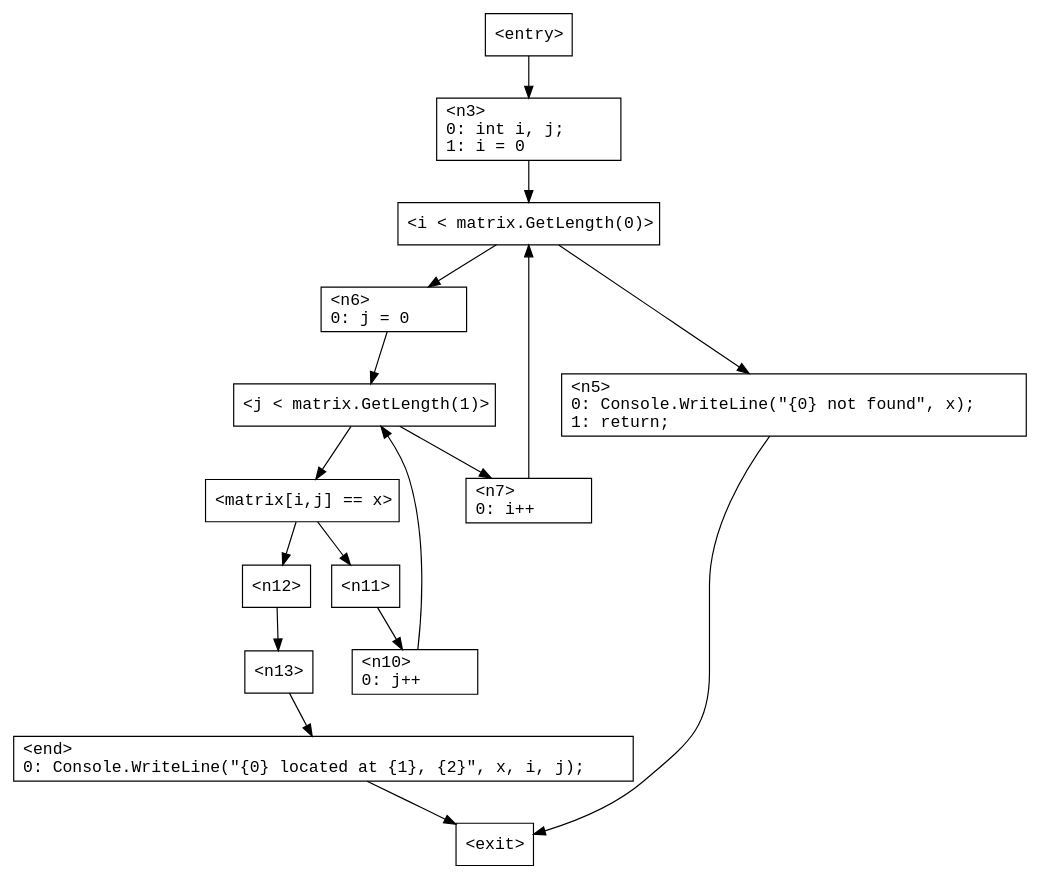
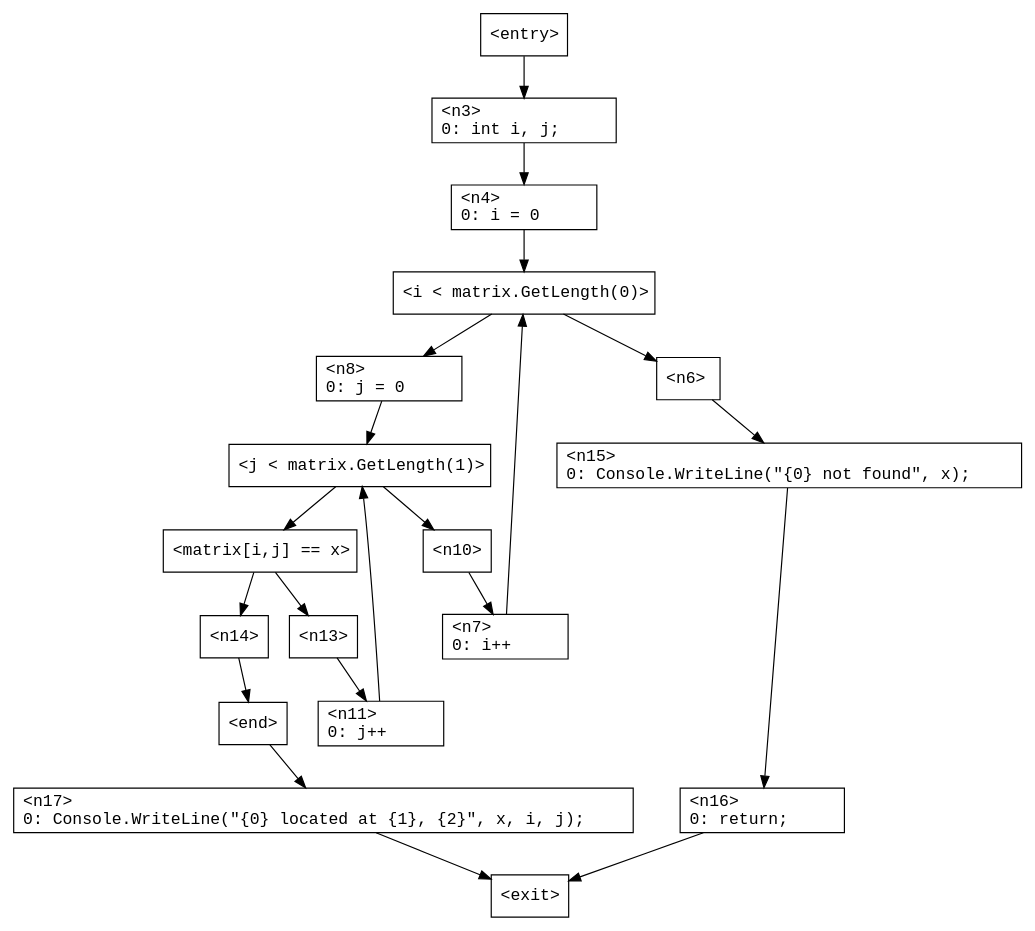
Before and after one commit to ashalkhakov/Tarp: the diagram in TarpTests/Cfg/Data/TestGotoBreakOutOfNestedFors.gv, drawn with Graphviz. The commit also changed 28 other files, not shown here.

```diff
--- a/TarpTests/Cfg/Data/TestGotoBreakOutOfNestedFors.gv
+++ b/TarpTests/Cfg/Data/TestGotoBreakOutOfNestedFors.gv
@@ -1,61 +1,77 @@
 digraph G
 {
     n0 [ shape = "box"
              fontname = "Monospace"
              label = "<entry>\l" ];
       n0 -> n3;
     n1 [ shape = "box"
              fontname = "Monospace"
              label = "<exit>\l" ];
     n2 [ shape = "box"
              fontname = "Monospace"
-             label = "<end>\l0:	Console.WriteLine(\"{0} located at {1}, {2}\", x, i, j);\l" ];
-      n2 -> n1;
+             label = "<end>\l" ];
+      n2 -> n17;
     n3 [ shape = "box"
              fontname = "Monospace"
-             label = "<n3>\l0:	int i, j;\l1:	i = 0\l" ];
+             label = "<n3>\l0:	int i, j;\l" ];
       n3 -> n4;
     n4 [ shape = "box"
              fontname = "Monospace"
-             label = "<i < matrix.GetLength(0)>\l" ];
-      n4 -> n6;
+             label = "<n4>\l0:	i = 0\l" ];
       n4 -> n5;
     n5 [ shape = "box"
              fontname = "Monospace"
-             label = "<n5>\l0:	Console.WriteLine(\"{0} not found\", x);\l1:	return;\l" ];
-      n5 -> n1;
+             label = "<i < matrix.GetLength(0)>\l" ];
+      n5 -> n8;
+      n5 -> n6;
     n6 [ shape = "box"
              fontname = "Monospace"
-             label = "<n6>\l0:	j = 0\l" ];
-      n6 -> n8;
+             label = "<n6>\l" ];
+      n6 -> n15;
     n7 [ shape = "box"
              fontname = "Monospace"
              label = "<n7>\l0:	i++\l" ];
-      n7 -> n4;
+      n7 -> n5;
     n8 [ shape = "box"
              fontname = "Monospace"
-             label = "<j < matrix.GetLength(1)>\l" ];
+             label = "<n8>\l0:	j = 0\l" ];
       n8 -> n9;
-      n8 -> n7;
     n9 [ shape = "box"
              fontname = "Monospace"
-             label = "<matrix[i,j] == x>\l" ];
+             label = "<j < matrix.GetLength(1)>\l" ];
       n9 -> n12;
-      n9 -> n11;
+      n9 -> n10;
     n10 [ shape = "box"
              fontname = "Monospace"
-             label = "<n10>\l0:	j++\l" ];
-      n10 -> n8;
+             label = "<n10>\l" ];
+      n10 -> n7;
     n11 [ shape = "box"
              fontname = "Monospace"
-             label = "<n11>\l" ];
-      n11 -> n10;
+             label = "<n11>\l0:	j++\l" ];
+      n11 -> n9;
     n12 [ shape = "box"
              fontname = "Monospace"
-             label = "<n12>\l" ];
+             label = "<matrix[i,j] == x>\l" ];
+      n12 -> n14;
       n12 -> n13;
     n13 [ shape = "box"
              fontname = "Monospace"
              label = "<n13>\l" ];
-      n13 -> n2;
+      n13 -> n11;
+    n14 [ shape = "box"
+             fontname = "Monospace"
+             label = "<n14>\l" ];
+      n14 -> n2;
+    n15 [ shape = "box"
+             fontname = "Monospace"
+             label = "<n15>\l0:	Console.WriteLine(\"{0} not found\", x);\l" ];
+      n15 -> n16;
+    n16 [ shape = "box"
+             fontname = "Monospace"
+             label = "<n16>\l0:	return;\l" ];
+      n16 -> n1;
+    n17 [ shape = "box"
+             fontname = "Monospace"
+             label = "<n17>\l0:	Console.WriteLine(\"{0} located at {1}, {2}\", x, i, j);\l" ];
+      n17 -> n1;
 }
```
